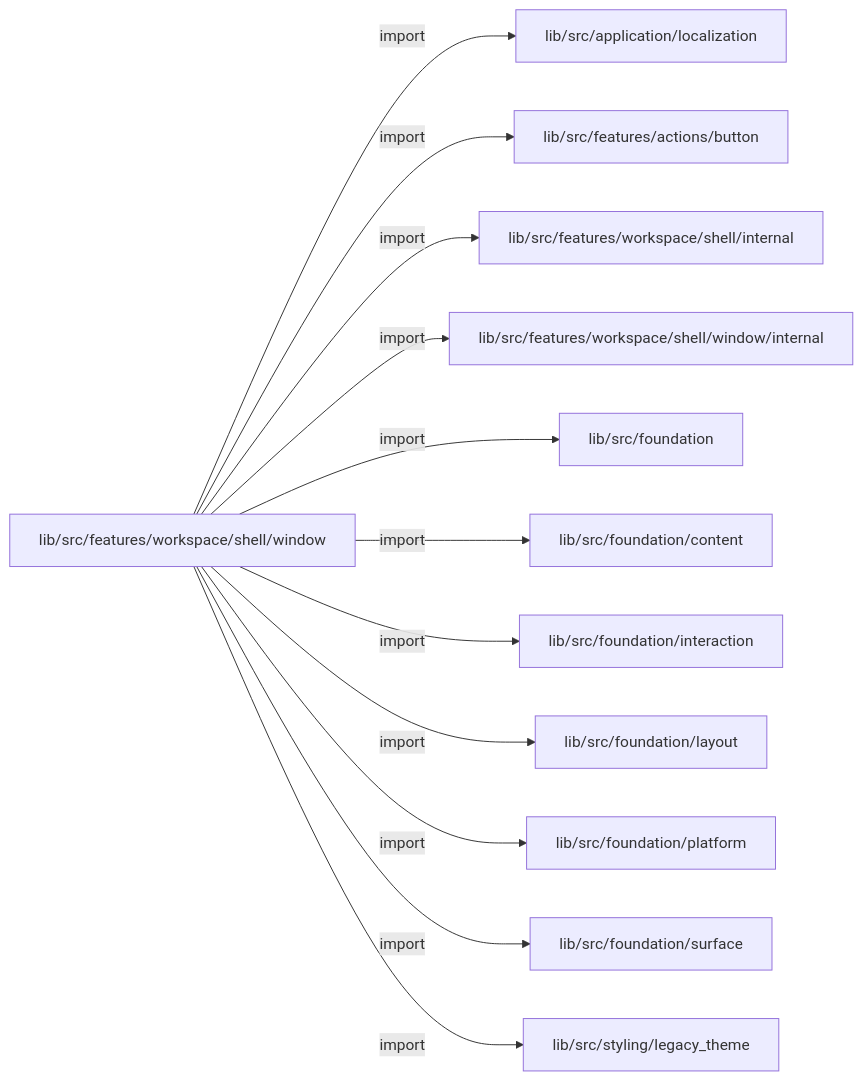
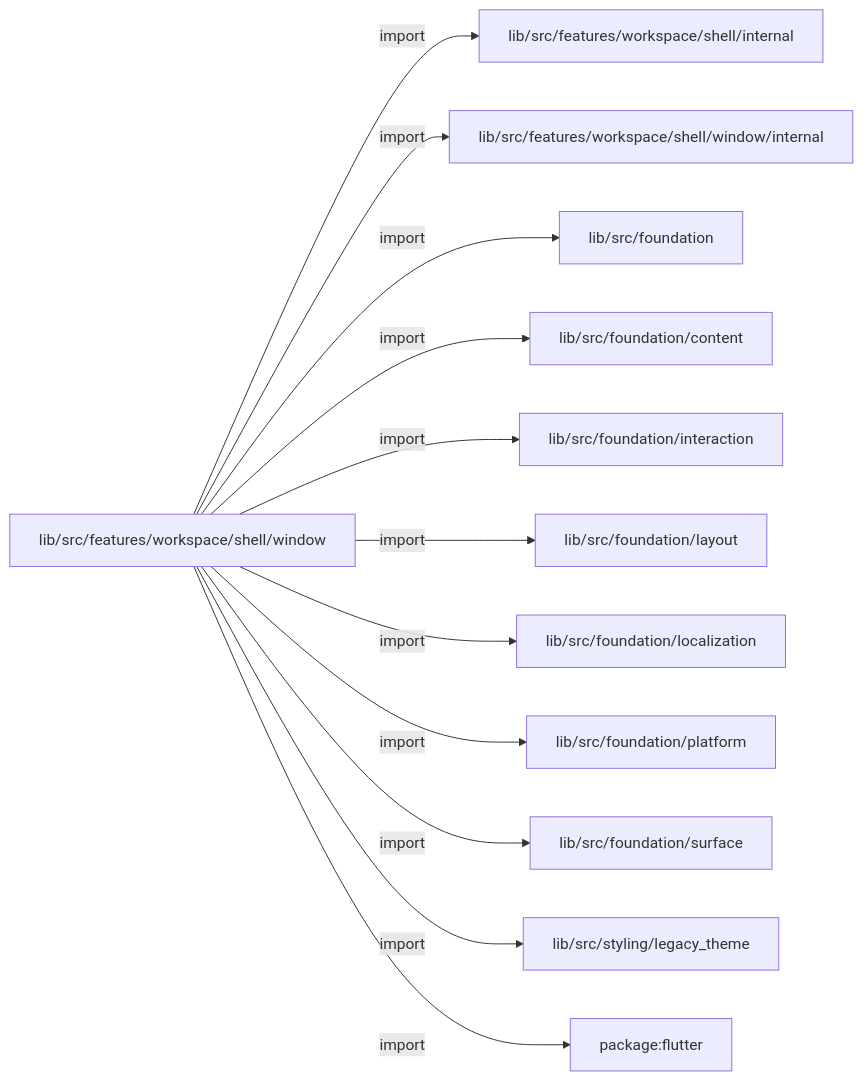
Before and after one commit to MiuDog/Kallopis: the first of 3 diagrams in docs/architecture/src/features/workspace/shell/window/README.md, drawn with Mermaid. The commit also changed other lines of this file and 9688 other files, not shown here.

Commit message:
Prepare isolated Flow F2 peer baseline

````diff
--- a/docs/architecture/src/features/workspace/shell/window/README.md
+++ b/docs/architecture/src/features/workspace/shell/window/README.md
@@ -13,26 +13,26 @@
 ```mermaid
 flowchart LR
 	n0["lib/src/features/workspace/shell/window"]
-	n1["lib/src/application/localization"]
-	n2["lib/src/features/actions/button"]
-	n3["lib/src/features/workspace/shell/internal"]
-	n4["lib/src/features/workspace/shell/window/internal"]
-	n5["lib/src/foundation"]
-	n6["lib/src/foundation/content"]
-	n7["lib/src/foundation/interaction"]
-	n8["lib/src/foundation/layout"]
-	n9["lib/src/foundation/platform"]
-	n10["lib/src/foundation/surface"]
-	n11["lib/src/styling/legacy_theme"]
+	n1["lib/src/features/workspace/shell/internal"]
+	n2["lib/src/features/workspace/shell/window/internal"]
+	n3["lib/src/foundation"]
+	n4["lib/src/foundation/content"]
+	n5["lib/src/foundation/interaction"]
+	n6["lib/src/foundation/layout"]
+	n7["lib/src/foundation/localization"]
+	n8["lib/src/foundation/platform"]
+	n9["lib/src/foundation/surface"]
+	n10["lib/src/styling/legacy_theme"]
+	n11["package:flutter"]
 	n0 -->|"import"| n1
 	n0 -->|"import"| n2
 	n0 -->|"import"| n3
 	n0 -->|"import"| n4
 	n0 -->|"import"| n5
 	n0 -->|"import"| n6
 	n0 -->|"import"| n7
 	n0 -->|"import"| n8
 	n0 -->|"import"| n9
 	n0 -->|"import"| n10
 	n0 -->|"import"| n11
 ```
````
